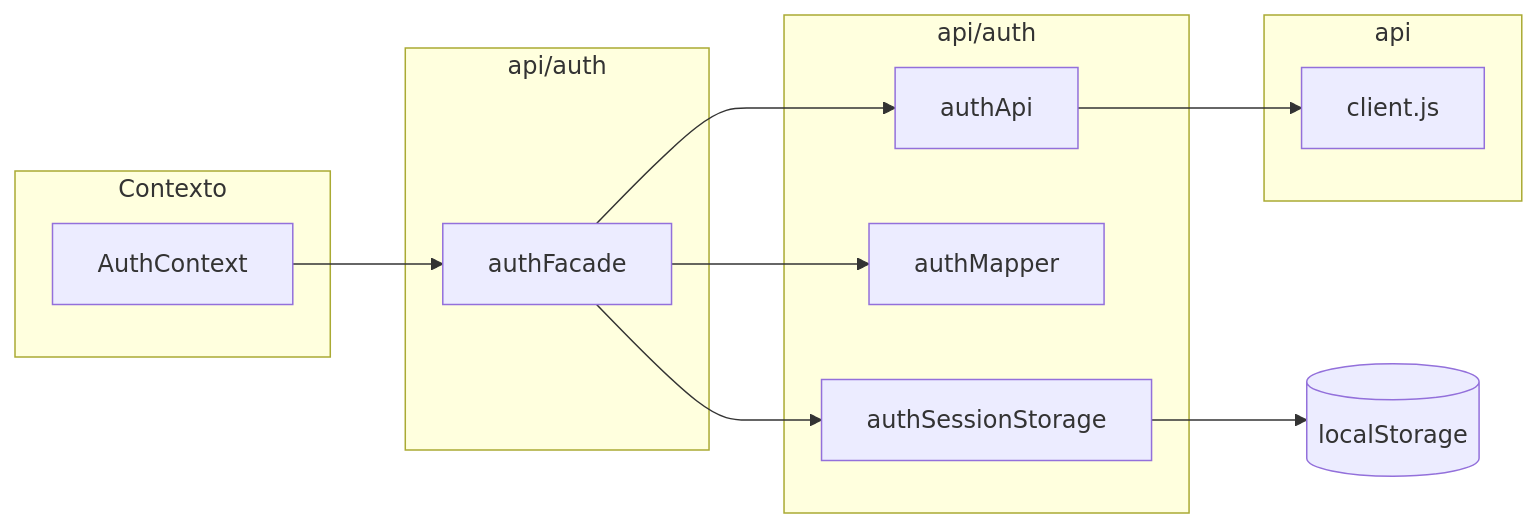
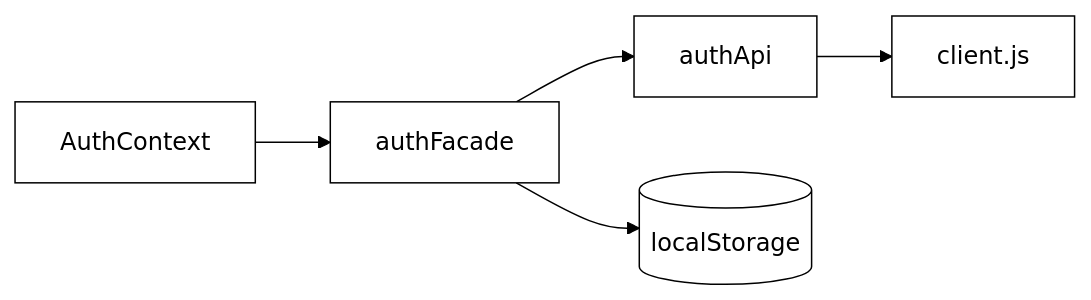
The second of 3 diagrams in docs/requisitos/RF03-backend/4.5.EdicaoPerfil.md (Marianamrts/Copia_2026.01-T02_G5_EuAmoPiri_Entrega_04), drawn with Mermaid before and after one commit. The commit also changed other lines of this file and 30 other files, not shown here.

````diff
--- a/docs/requisitos/RF03-backend/4.5.EdicaoPerfil.md
+++ b/docs/requisitos/RF03-backend/4.5.EdicaoPerfil.md
@@ -82,23 +64,8 @@
 ```mermaid
+%%{init: {'theme':'base','themeVariables':{'primaryColor':'#fff','primaryTextColor':'#000','primaryBorderColor':'#000','lineColor':'#000','secondaryColor':'#eee','tertiaryColor':'#fff','clusterBkg':'#fff','clusterBorder':'#000','actorBkg':'#fff','actorBorder':'#000','actorTextColor':'#000'}}}%%
 flowchart LR
-  subgraph contexto [Contexto]
-    AC[AuthContext]
-  end
-  subgraph fachada [api/auth]
-    AA[authFacade]
-  end
-  subgraph modulos [api/auth]
-    API[authApi]
-    MAP[authMapper]
-    SESS[authSessionStorage]
-  end
-  subgraph transporte [api]
-    CL[client.js]
-  end
-  AC --> AA
-  AA --> API
-  AA --> MAP
-  AA --> SESS
-  API --> CL
-  SESS --> LS[(localStorage)]
+    AC[AuthContext] --> F[authFacade]
+    F --> API[authApi]
+    F --> LS[(localStorage)]
+    API --> CL[client.js]
 ```
````
